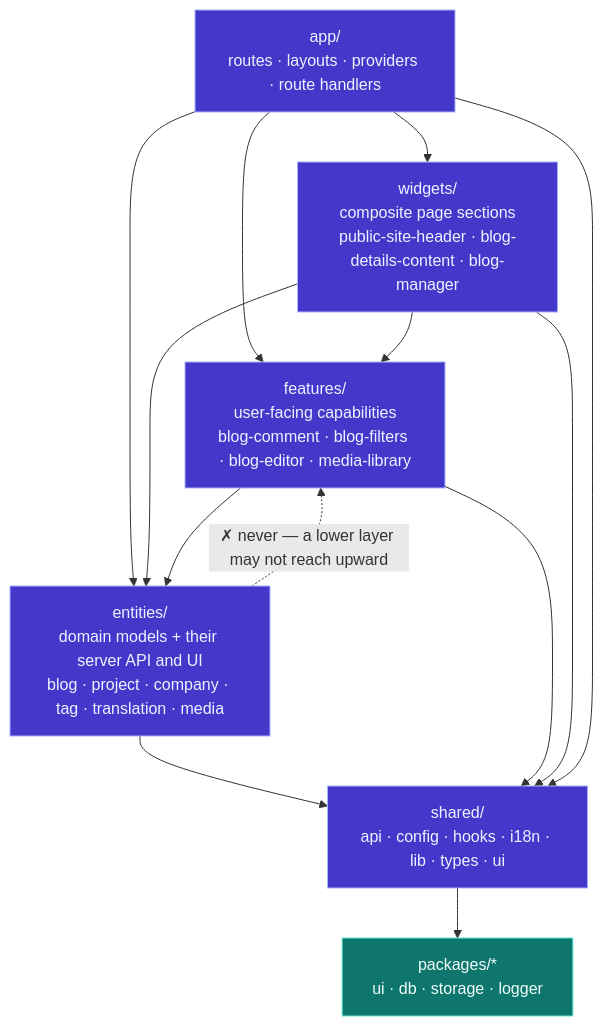
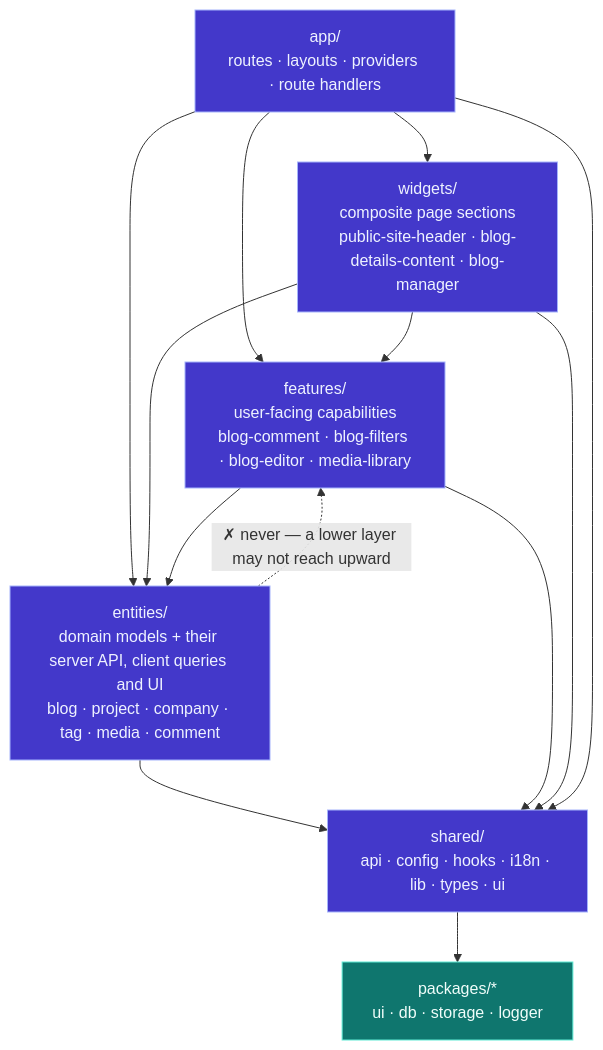
One commit to lthphuw/byte-of-me changed the third of 6 diagrams in docs/architecture.md. Above: the diagram before and after it, drawn with Mermaid. The commit also changed other lines of this file and 264 other files, not shown here.

````diff
--- a/docs/architecture.md
+++ b/docs/architecture.md
@@ -139,29 +139,29 @@
 ```mermaid
 flowchart TB
     APP["app/<br/>routes · layouts · providers · route handlers"]
     WID["widgets/<br/>composite page sections<br/>public-site-header · blog-details-content · blog-manager"]
     FEAT["features/<br/>user-facing capabilities<br/>blog-comment · blog-filters · blog-editor · media-library"]
-    ENT["entities/<br/>domain models + their server API and UI<br/>blog · project · company · tag · translation · media"]
+    ENT["entities/<br/>domain models + their server API, client queries and UI<br/>blog · project · company · tag · media · comment"]
     SH["shared/<br/>api · config · hooks · i18n · lib · types · ui"]
     PKG["packages/*<br/>ui · db · storage · logger"]
 
     APP --> WID
     APP --> FEAT
     APP --> ENT
     WID --> FEAT
     WID --> ENT
     FEAT --> ENT
     ENT --> SH
     FEAT --> SH
     WID --> SH
     APP --> SH
     SH --> PKG
 
     ENT -.->|"✗ never — a lower layer may not reach upward"| FEAT
 
     classDef app fill:#4338ca,stroke:#a5b4fc,color:#eef2ff
     classDef pkg fill:#0f766e,stroke:#5eead4,color:#f0fdfa
 
     class APP,WID,FEAT,ENT,SH app
     class PKG pkg
 ```
````
